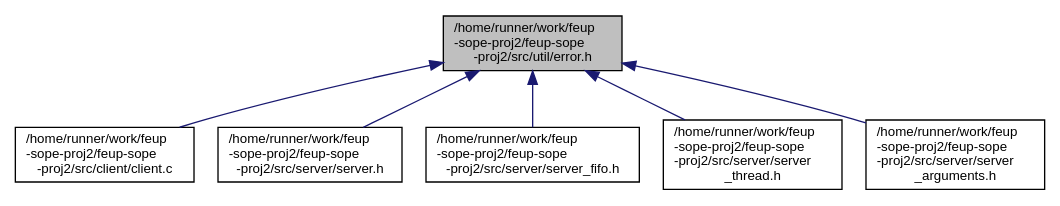
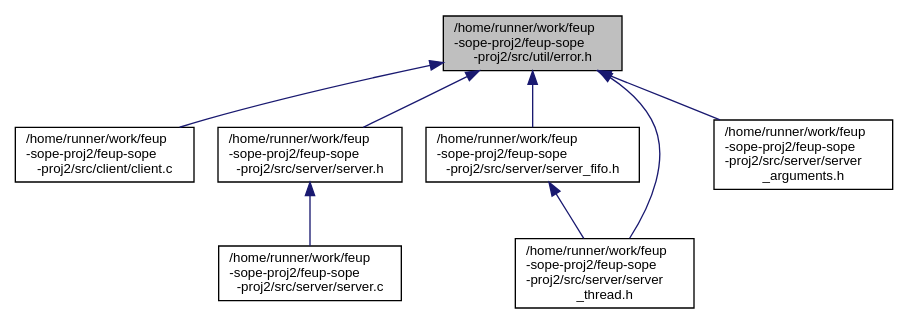
One commit to ctrlMarcio/feup-sope-proj2 changed the diagram in error_8h__dep__incl.dot. Above: the diagram before and after it, drawn with Graphviz. The commit also changed 35 other files, not shown here.

```diff
--- a/error_8h__dep__incl.dot
+++ b/error_8h__dep__incl.dot
@@ -1,16 +1,19 @@
 digraph "/home/runner/work/feup-sope-proj2/feup-sope-proj2/src/util/error.h"
 {
   edge [fontname="Helvetica",fontsize="10",labelfontname="Helvetica",labelfontsize="10"];
   node [fontname="Helvetica",fontsize="10",shape=record];
   Node1 [label="/home/runner/work/feup\l-sope-proj2/feup-sope\l-proj2/src/util/error.h",height=0.2,width=0.4,color="black", fillcolor="grey75", style="filled", fontcolor="black"];
   Node1 -> Node2 [dir="back",color="midnightblue",fontsize="10",style="solid",fontname="Helvetica"];
   Node2 [label="/home/runner/work/feup\l-sope-proj2/feup-sope\l-proj2/src/client/client.c",height=0.2,width=0.4,color="black", fillcolor="white", style="filled",URL="$client_8c.html",tooltip="Runs the main client operations. "];
   Node1 -> Node3 [dir="back",color="midnightblue",fontsize="10",style="solid",fontname="Helvetica"];
   Node3 [label="/home/runner/work/feup\l-sope-proj2/feup-sope\l-proj2/src/server/server.h",height=0.2,width=0.4,color="black", fillcolor="white", style="filled",URL="$server_8h.html",tooltip="Methods related to the server side. "];
-  Node1 -> Node4 [dir="back",color="midnightblue",fontsize="10",style="solid",fontname="Helvetica"];
-  Node4 [label="/home/runner/work/feup\l-sope-proj2/feup-sope\l-proj2/src/server/server_fifo.h",height=0.2,width=0.4,color="black", fillcolor="white", style="filled",URL="$server__fifo_8h_source.html"];
+  Node3 -> Node4 [dir="back",color="midnightblue",fontsize="10",style="solid",fontname="Helvetica"];
+  Node4 [label="/home/runner/work/feup\l-sope-proj2/feup-sope\l-proj2/src/server/server.c",height=0.2,width=0.4,color="black", fillcolor="white", style="filled",URL="$server_8c.html",tooltip="Executes the operations related to server sided problems. "];
   Node1 -> Node5 [dir="back",color="midnightblue",fontsize="10",style="solid",fontname="Helvetica"];
-  Node5 [label="/home/runner/work/feup\l-sope-proj2/feup-sope\l-proj2/src/server/server\l_thread.h",height=0.2,width=0.4,color="black", fillcolor="white", style="filled",URL="$server__thread_8h_source.html"];
+  Node5 [label="/home/runner/work/feup\l-sope-proj2/feup-sope\l-proj2/src/server/server_fifo.h",height=0.2,width=0.4,color="black", fillcolor="white", style="filled",URL="$server__fifo_8h_source.html"];
+  Node5 -> Node6 [dir="back",color="midnightblue",fontsize="10",style="solid",fontname="Helvetica"];
+  Node6 [label="/home/runner/work/feup\l-sope-proj2/feup-sope\l-proj2/src/server/server\l_thread.h",height=0.2,width=0.4,color="black", fillcolor="white", style="filled",URL="$server__thread_8h_source.html"];
   Node1 -> Node6 [dir="back",color="midnightblue",fontsize="10",style="solid",fontname="Helvetica"];
-  Node6 [label="/home/runner/work/feup\l-sope-proj2/feup-sope\l-proj2/src/server/server\l_arguments.h",height=0.2,width=0.4,color="black", fillcolor="white", style="filled",URL="$server__arguments_8h_source.html"];
+  Node1 -> Node7 [dir="back",color="midnightblue",fontsize="10",style="solid",fontname="Helvetica"];
+  Node7 [label="/home/runner/work/feup\l-sope-proj2/feup-sope\l-proj2/src/server/server\l_arguments.h",height=0.2,width=0.4,color="black", fillcolor="white", style="filled",URL="$server__arguments_8h_source.html"];
 }
```
